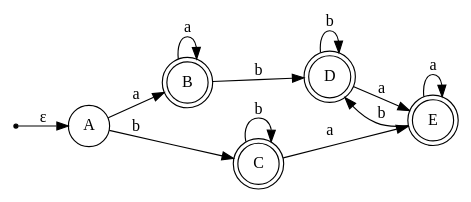
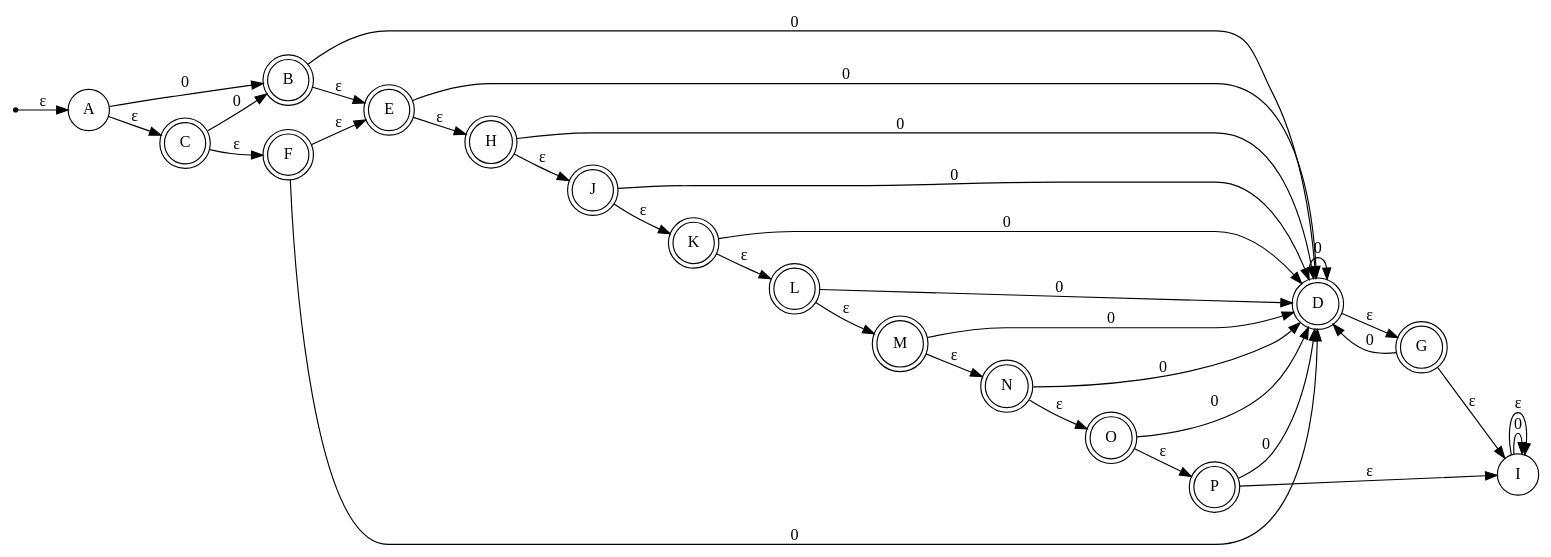
Before and after one commit to DiggsPapu/TeoriaComputacion: the diagram in Graphs/AFD/afd5.dot, drawn with Graphviz. The commit also changed 20 other files, not shown here.

```diff
--- a/Graphs/AFD/afd5.dot
+++ b/Graphs/AFD/afd5.dot
@@ -1,20 +1,53 @@
 digraph AFD{
 node [shape=circle];
 rankdir=LR;
 init [label="", shape=point];
 B[shape=doublecircle] [label="B"];
 C[shape=doublecircle] [label="C"];
 D[shape=doublecircle] [label="D"];
 E[shape=doublecircle] [label="E"];
+F[shape=doublecircle] [label="F"];
+G[shape=doublecircle] [label="G"];
+H[shape=doublecircle] [label="H"];
+I [label="I"];
+J[shape=doublecircle] [label="J"];
+K[shape=doublecircle] [label="K"];
+L[shape=doublecircle] [label="L"];
+M[shape=doublecircle] [label="M"];
+N[shape=doublecircle] [label="N"];
+O[shape=doublecircle] [label="O"];
+P[shape=doublecircle] [label="P"];
 init->A[label="ε"];
-A->B[label="a"];
-A->C[label="b"];
-B->B[label="a"];
-B->D[label="b"];
-C->E[label="a"];
-C->C[label="b"];
-D->E[label="a"];
-D->D[label="b"];
-E->E[label="a"];
-E->D[label="b"];
+A->B[label="0"];
+A->C[label="ε"];
+B->D[label="0"];
+B->E[label="ε"];
+C->B[label="0"];
+C->F[label="ε"];
+D->D[label="0"];
+D->G[label="ε"];
+E->D[label="0"];
+E->H[label="ε"];
+F->D[label="0"];
+F->E[label="ε"];
+G->D[label="0"];
+G->I[label="ε"];
+H->D[label="0"];
+H->J[label="ε"];
+I->I[label="0"];
+I->I[label="ε"];
+J->D[label="0"];
+J->K[label="ε"];
+K->D[label="0"];
+K->L[label="ε"];
+L->D[label="0"];
+L->M[label="ε"];
+M->D[label="0"];
+M->N[label="ε"];
+N->D[label="0"];
+N->O[label="ε"];
+O->D[label="0"];
+O->P[label="ε"];
+P->D[label="0"];
+P->I[label="ε"];
 }
```
